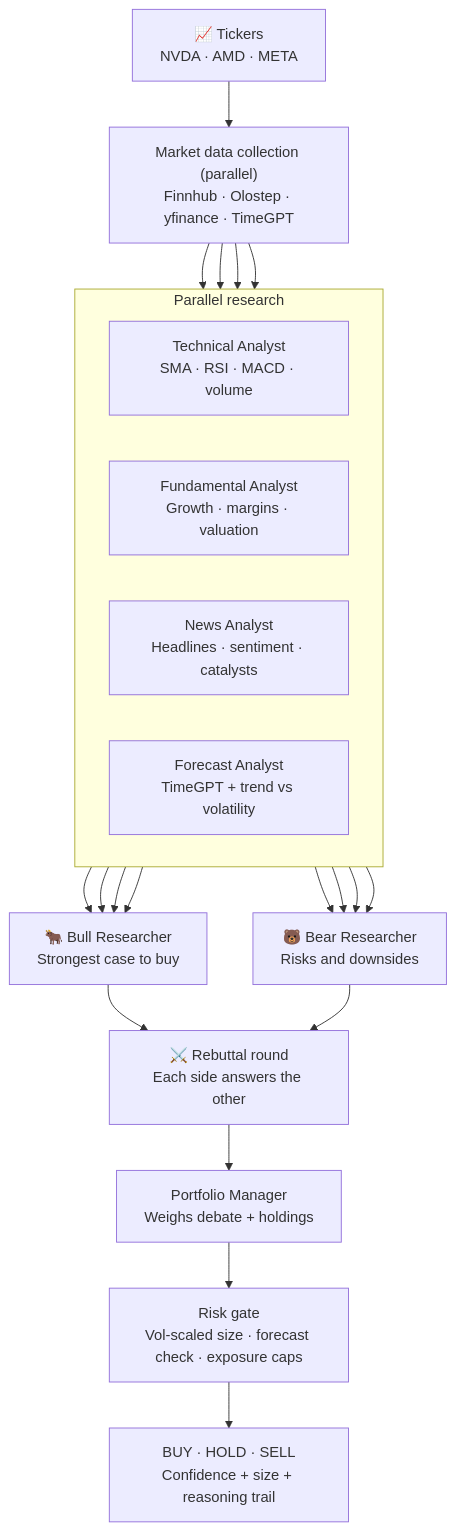
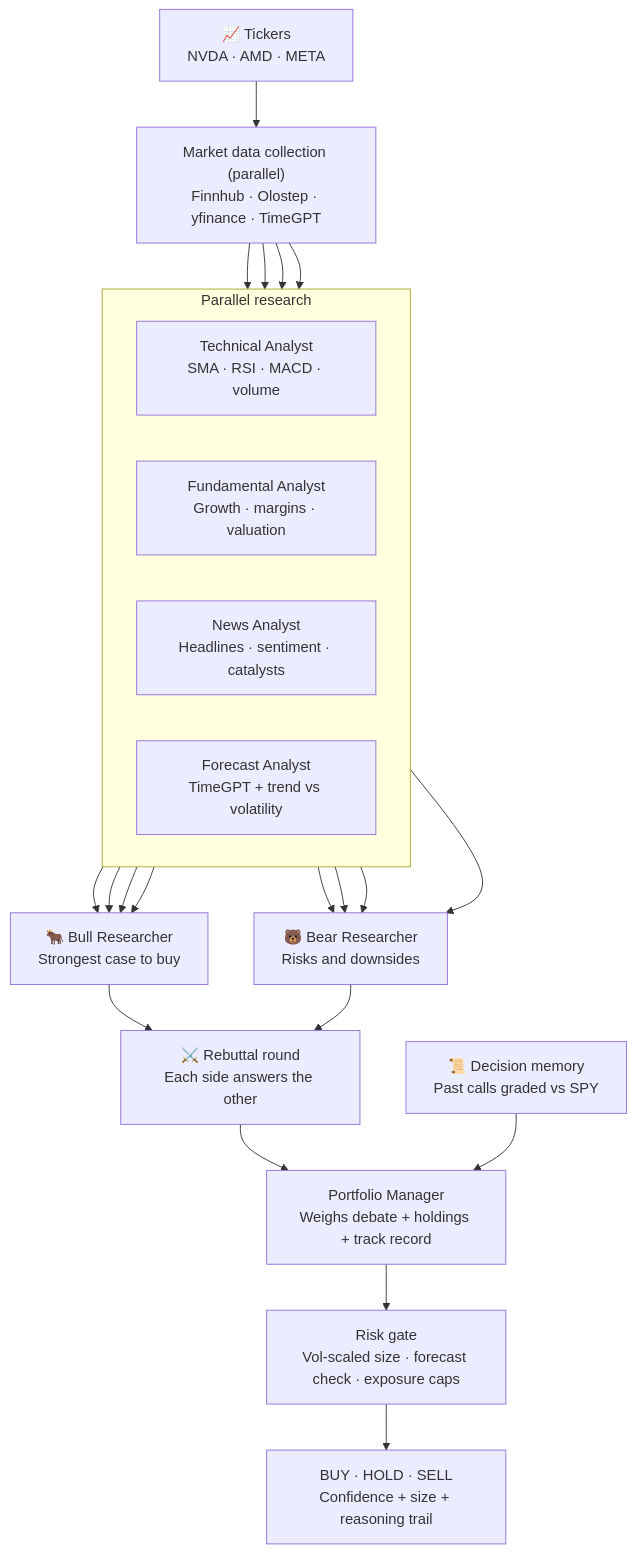
One commit to kingabzpro/BetterTradingAgents changed the diagram in README.md. Above: the diagram before and after it, drawn with Mermaid. The commit also changed other lines of this file, not shown here.

First line of the commit message:
docs: document decision memory in README

````diff
--- a/README.md
+++ b/README.md
@@ -49,33 +52,34 @@
 ```mermaid
 flowchart TD
     T["📈 Tickers<br/>NVDA · AMD · META"] --> D["Market data collection (parallel)<br/>Finnhub · Olostep · yfinance · TimeGPT"]
 
     subgraph Research[Parallel research]
         direction LR
         TA["Technical Analyst<br/>SMA · RSI · MACD · volume"]
         FA["Fundamental Analyst<br/>Growth · margins · valuation"]
         NA["News Analyst<br/>Headlines · sentiment · catalysts"]
         FC["Forecast Analyst<br/>TimeGPT + trend vs volatility"]
     end
 
     D --> TA
     D --> FA
     D --> NA
     D --> FC
 
     TA --> BULL["🐂 Bull Researcher<br/>Strongest case to buy"]
     FA --> BULL
     NA --> BULL
     FC --> BULL
     TA --> BEAR["🐻 Bear Researcher<br/>Risks and downsides"]
     FA --> BEAR
     NA --> BEAR
     FC --> BEAR
 
     BULL --> RB["⚔️ Rebuttal round<br/>Each side answers the other"]
     BEAR --> RB
 
-    RB --> PM["Portfolio Manager<br/>Weighs debate + holdings"]
+    RB --> PM["Portfolio Manager<br/>Weighs debate + holdings + track record"]
+    MEM["📜 Decision memory<br/>Past calls graded vs SPY"] --> PM
     PM --> RISK["Risk gate<br/>Vol-scaled size · forecast check · exposure caps"]
     RISK --> RESULT["BUY · HOLD · SELL<br/>Confidence + size + reasoning trail"]
 ```
````
